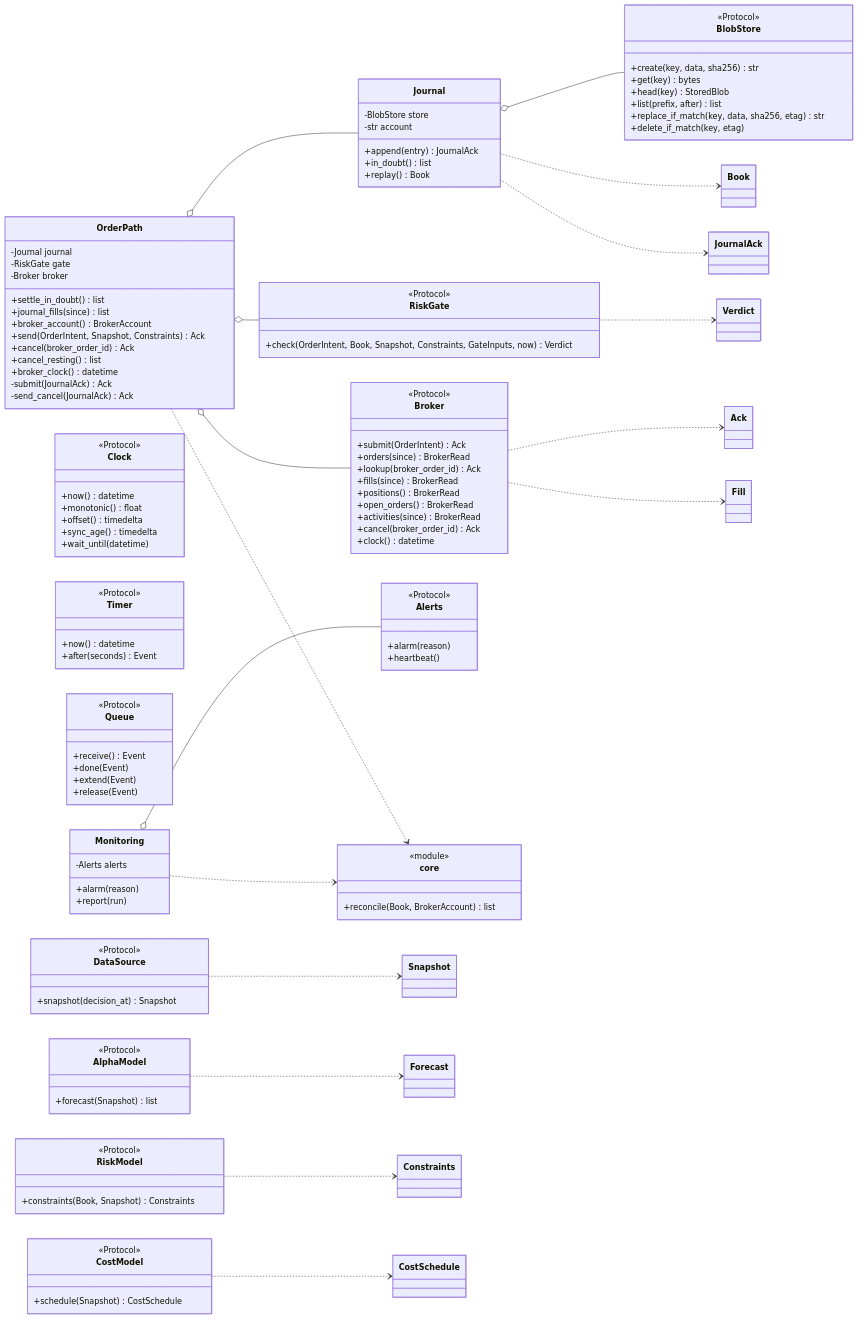
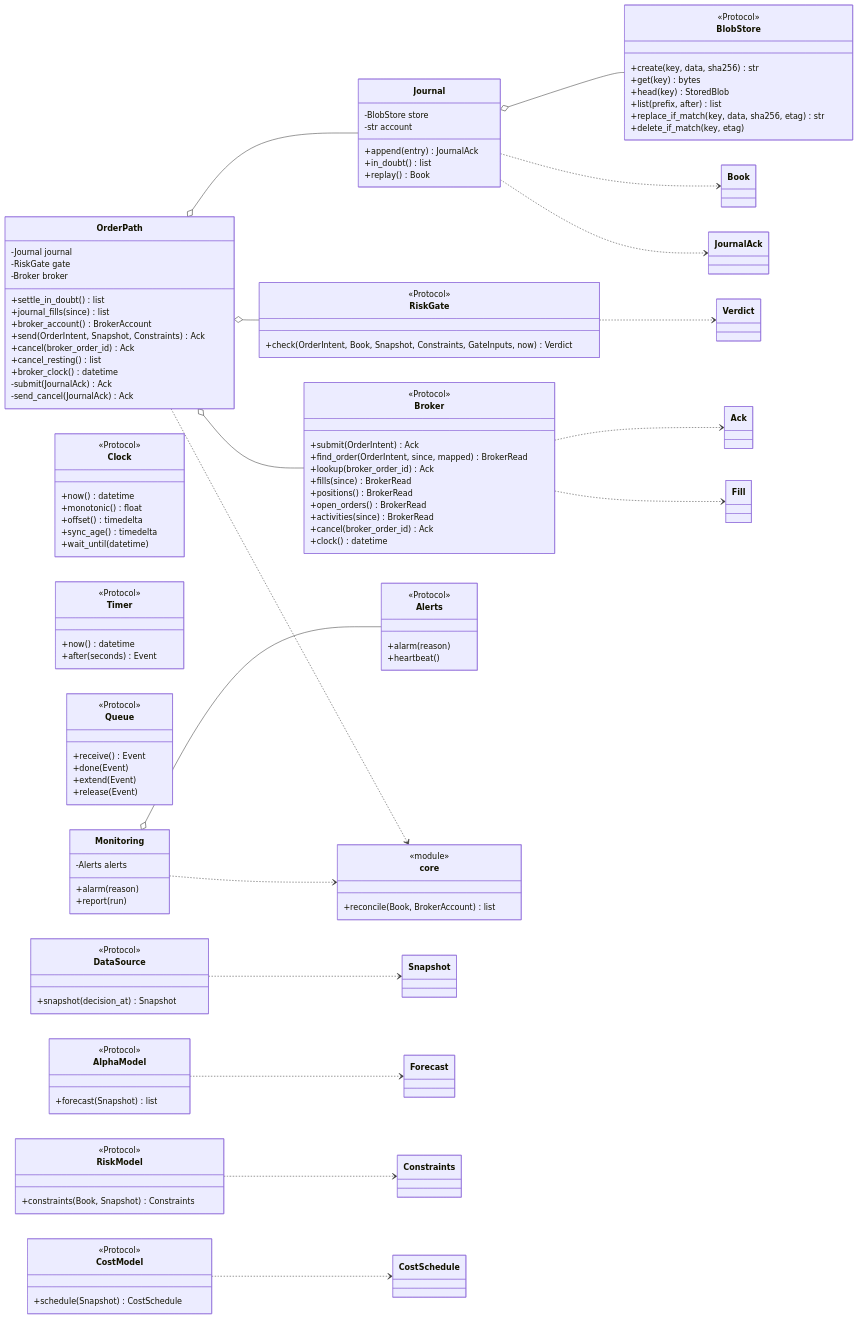
Before and after one commit to l3a0/ithildin-runtime: diagram 27 of 34 in docs/architecture.md, drawn with Mermaid. The commit also changed other lines of this file and 2 other files, not shown here.

First line of the commit message:
docs: pair an order in doubt inside the broker adapter

```diff
--- a/docs/architecture.md
+++ b/docs/architecture.md
@@ -1857,7 +1859,7 @@
     class Broker {
         <<Protocol>>
         +submit(OrderIntent) Ack
-        +orders(since) BrokerRead
+        +find_order(OrderIntent, since, mapped) BrokerRead
         +lookup(broker_order_id) Ack
         +fills(since) BrokerRead
         +positions() BrokerRead
```
